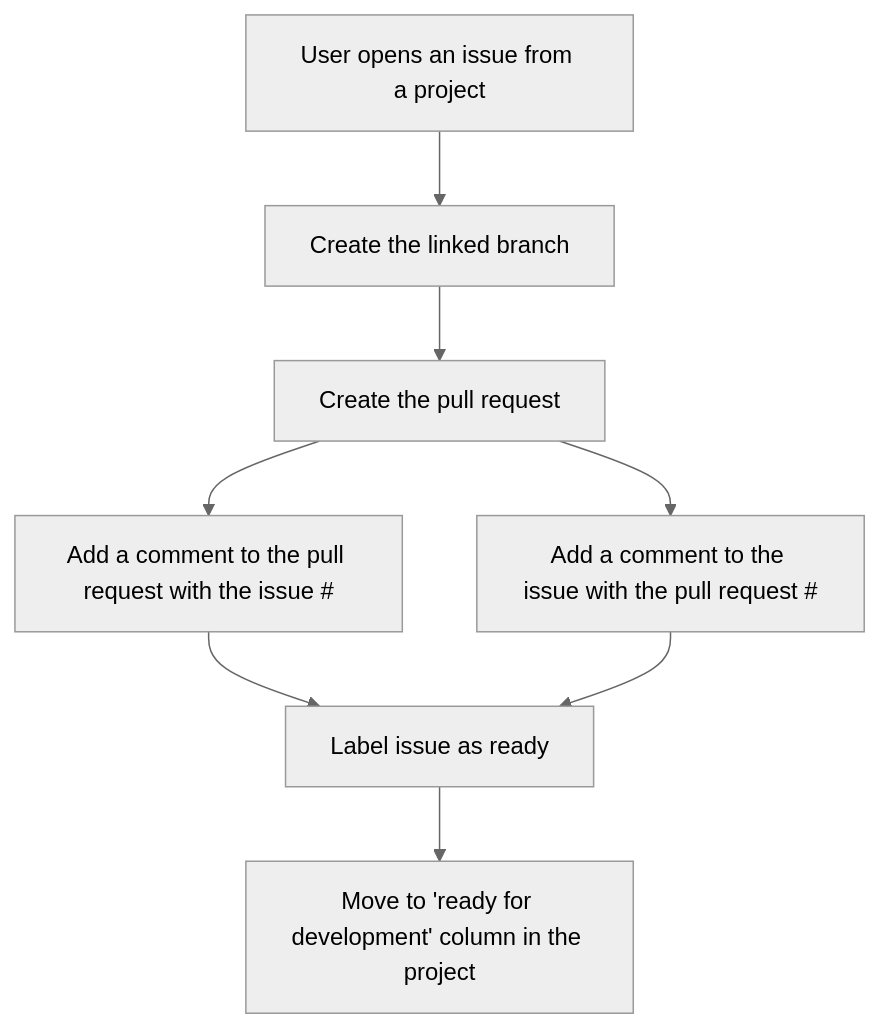
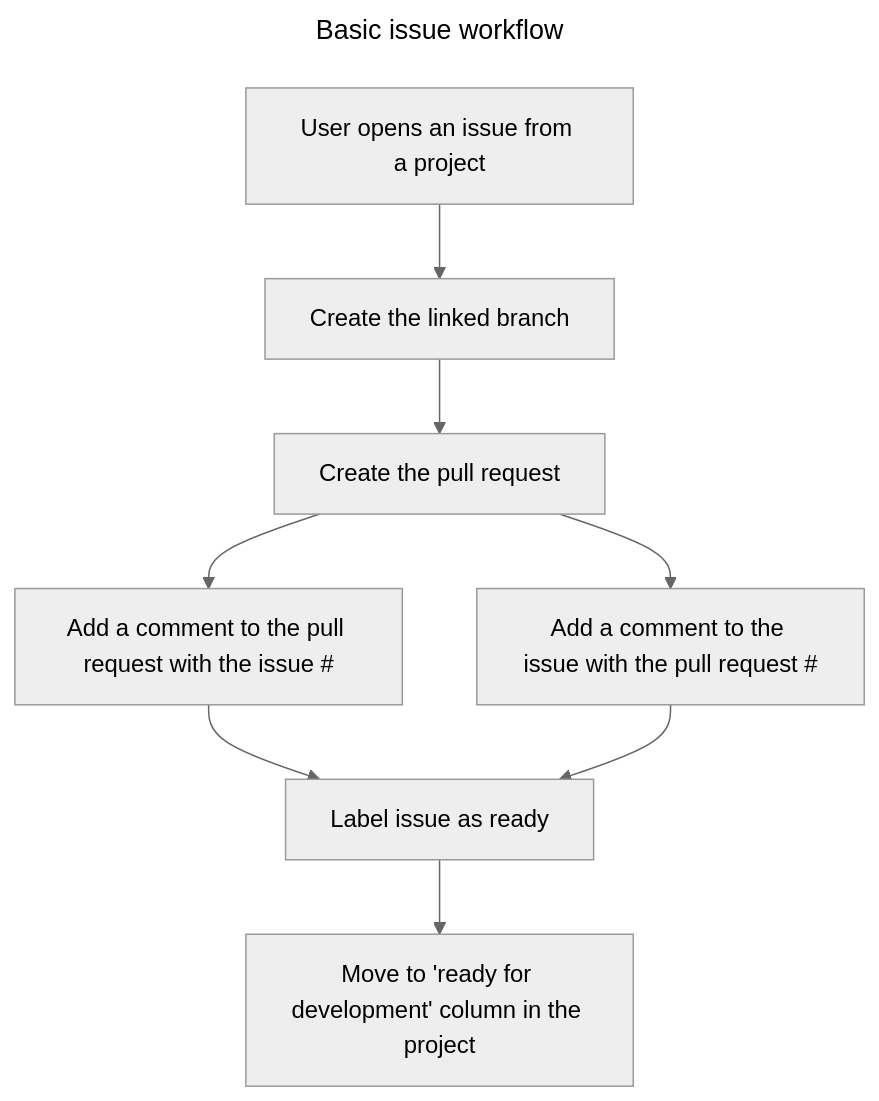
One commit to JonahJackson1/testing-project-automation changed the first of 2 diagrams in README.md. Above: the diagram before and after it, drawn with Mermaid (neutral theme). The commit also changed other lines of this file and 2 other files, not shown here.

````diff
--- a/README.md
+++ b/README.md
@@ -1,18 +1,21 @@
 ```mermaid
-  flowchart TD
-    A[User opens an issue from a project]
-    B[Create the linked branch]
-    C[Create the pull request]
-    D1[Add a comment to the pull request with the issue #]
-    D2[Add a comment to the issue with the pull request #]
-    E[Label issue as ready]
-    F[Move to 'ready for development' column in the project]
+---
+title: Basic issue workflow
+---
+flowchart TD
+  A[User opens an issue from a project]
+  B[Create the linked branch]
+  C[Create the pull request]
+  D1[Add a comment to the pull request with the issue #]
+  D2[Add a comment to the issue with the pull request #]
+  E[Label issue as ready]
+  F[Move to 'ready for development' column in the project]
 
-    A --> B
-    B --> C
-    C --> D1
-    C --> D2
-    D1 --> E
-    D2 --> E
-    E --> F
+  A --> B
+  B --> C
+  C --> D1
+  C --> D2
+  D1 --> E
+  D2 --> E
+  E --> F
 ```
````
